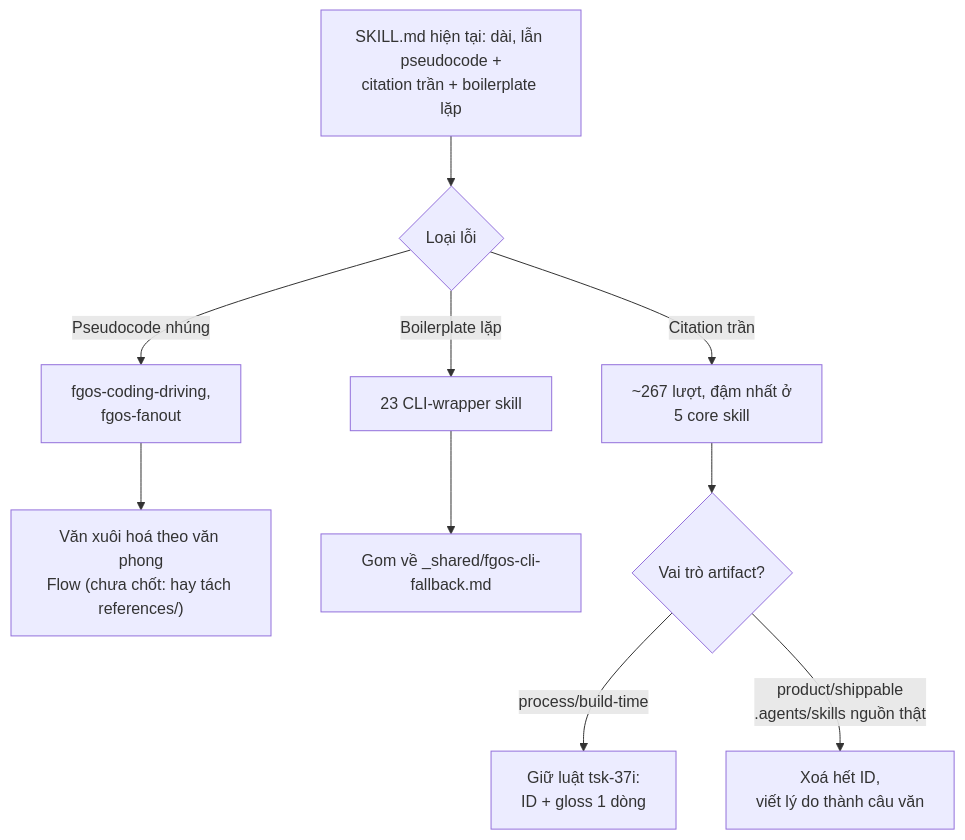
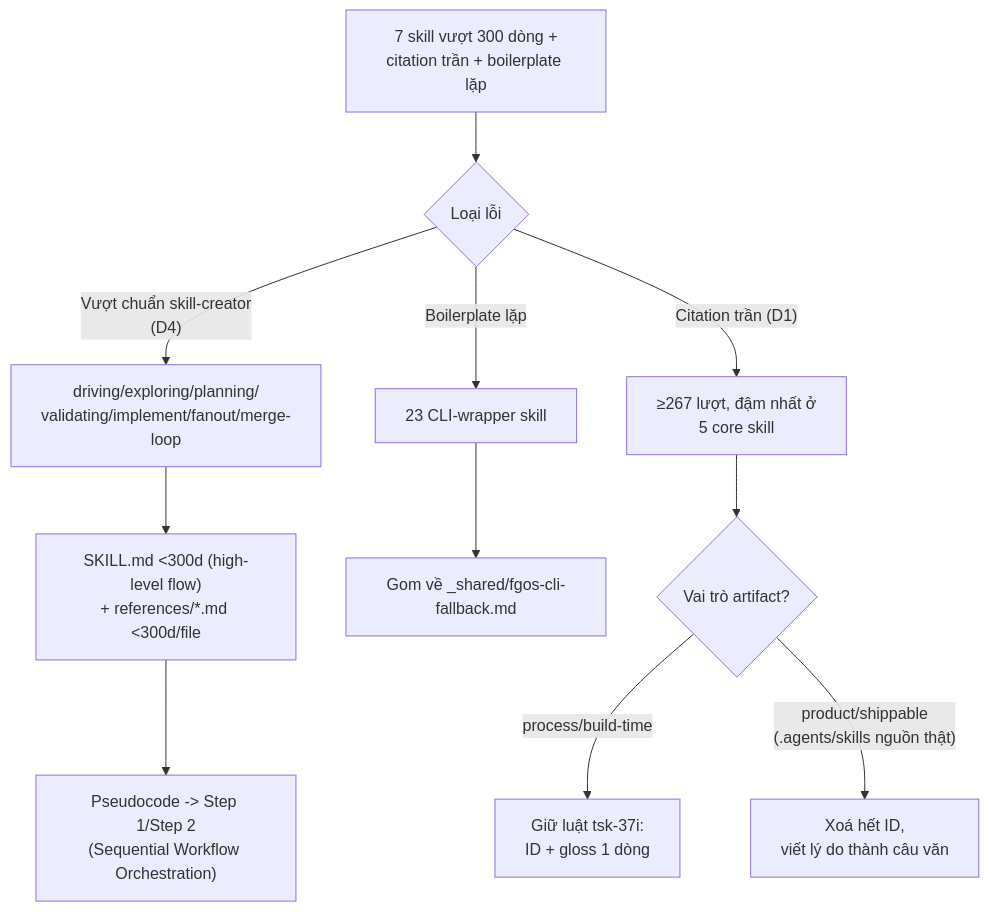
One commit to vantt/forgent changed the diagram in docs/history/skill-prose-cleanup/DISCUSSION.md. Above: the diagram before and after it, drawn with Mermaid. The commit also changed other lines of this file, not shown here.

Commit message:
docs(tsk-56w): lock D4 (skill-creator 300-line standard, all 7 skills), expand task list, add bee/ck:cook/ck:research reference guidance

````diff
--- a/docs/history/skill-prose-cleanup/DISCUSSION.md
+++ b/docs/history/skill-prose-cleanup/DISCUSSION.md
@@ -166,12 +235,13 @@
 ```mermaid
 flowchart TD
-  A["SKILL.md hiện tại: dài, lẫn pseudocode +\ncitation trần + boilerplate lặp"] --> B{Loại lỗi}
-  B -->|Pseudocode nhúng| C["fgos-coding-driving,\nfgos-fanout"]
+  A["7 skill vượt 300 dòng +\ncitation trần + boilerplate lặp"] --> B{Loại lỗi}
+  B -->|"Vượt chuẩn skill-creator\n(D4)"| C["driving/exploring/planning/\nvalidating/implement/fanout/merge-loop"]
   B -->|Boilerplate lặp| D["23 CLI-wrapper skill"]
-  B -->|Citation trần| E["~267 lượt, đậm nhất ở\n5 core skill"]
-  C --> C1["Văn xuôi hoá theo văn phong\nFlow (chưa chốt: hay tách references/)"]
-  D --> D1["Gom về _shared/fgos-cli-fallback.md"]
+  B -->|"Citation trần (D1)"| E["≥267 lượt, đậm nhất ở\n5 core skill"]
+  C --> C1["SKILL.md <300d (high-level flow)\n+ references/*.md <300d/file"]
+  C1 --> C2["Pseudocode -> Step 1/Step 2\n(Sequential Workflow Orchestration)"]
+  D --> D5["Gom về _shared/fgos-cli-fallback.md"]
   E --> E1{"Vai trò artifact?"}
   E1 -->|process/build-time| E2["Giữ luật tsk-37i:\nID + gloss 1 dòng"]
-  E1 -->|product/shippable\n.agents/skills nguồn thật| E3["Xoá hết ID,\nviết lý do thành câu văn"]
+  E1 -->|"product/shippable\n(.agents/skills nguồn thật)"| E3["Xoá hết ID,\nviết lý do thành câu văn"]
 ```
````
